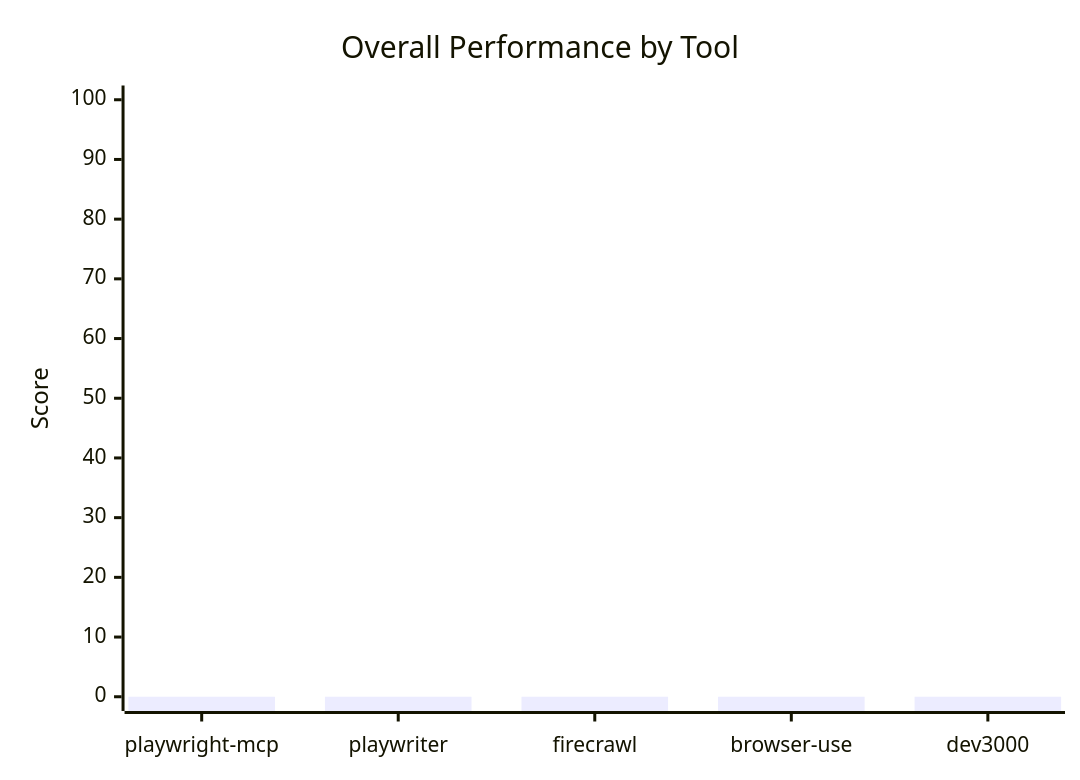
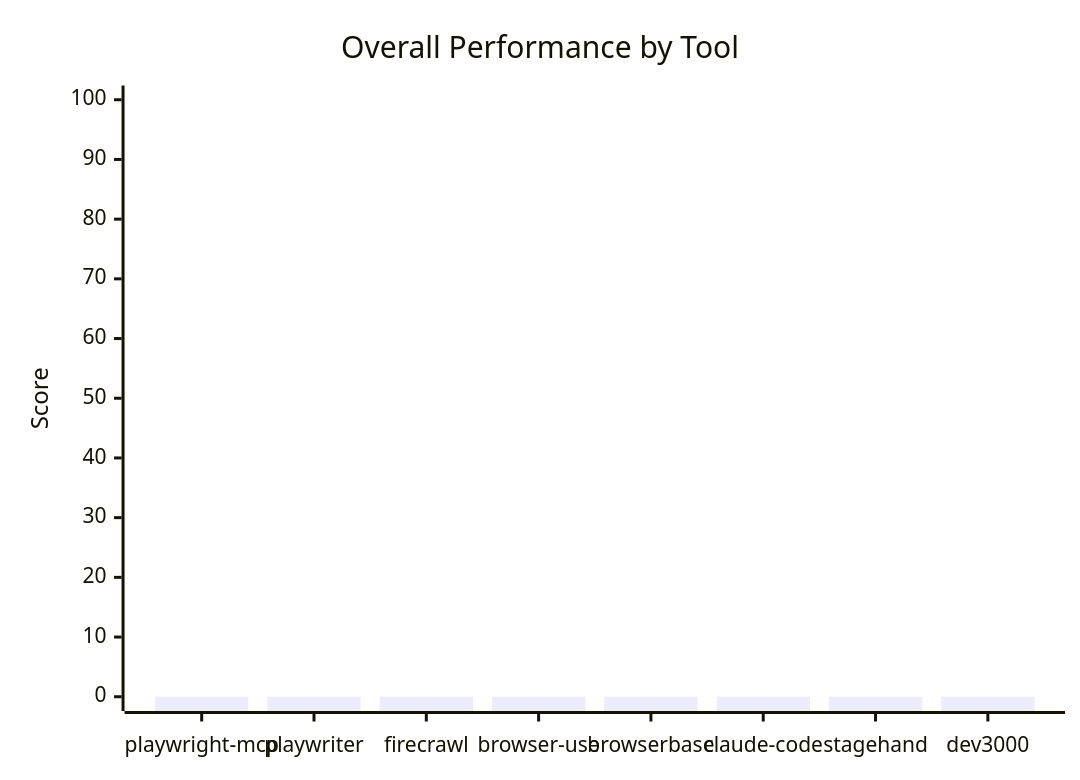
Before and after one commit to gunta/browser-automation-benchmark: the second of 2 diagrams in docs/results.md, drawn with Mermaid. The commit also changed other lines of this file and 14 other files, not shown here.

````diff
--- a/docs/results.md
+++ b/docs/results.md
@@ -264,7 +282,7 @@
 ```mermaid
 xychart-beta
     title "Overall Performance by Tool"
-    x-axis ["playwright-mcp", "playwriter", "firecrawl", "browser-use", "dev3000"]
+    x-axis ["playwright-mcp", "playwriter", "firecrawl", "browser-use", "browserbase", "claude-code", "stagehand", "dev3000"]
     y-axis "Score" 0 --> 100
-    bar [0, 0, 0, 0, 0]
+    bar [0, 0, 0, 0, 0, 0, 0, 0]
 ```
````
